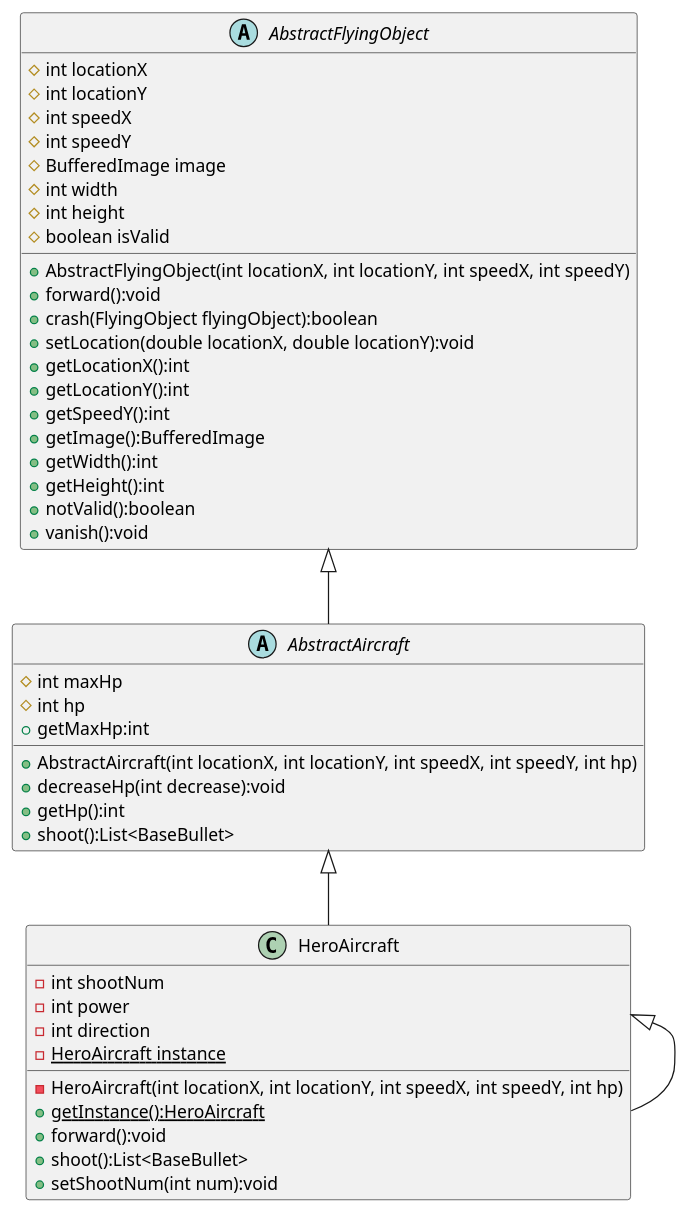
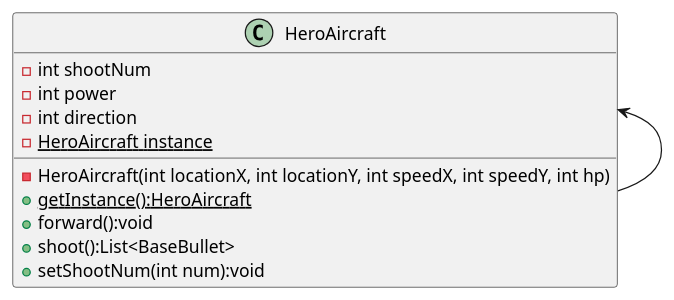
The diagram in uml/HeroAircraftSignleton.puml (KKjimmie/AircraftWar), drawn with PlantUML before and after one commit. The commit also changed 13 other files, not shown here.

```diff
--- a/uml/HeroAircraftSignleton.puml
+++ b/uml/HeroAircraftSignleton.puml
@@ -1,56 +1,20 @@
 @startuml
 'https://plantuml.com/class-diagram
 
 
-abstract class AbstractFlyingObject
-{
-    # int locationX
-    # int locationY
-    # int speedX
-    # int speedY
-    # BufferedImage image
-    # int width
-    # int height
-    # boolean isValid
-
-    + AbstractFlyingObject(int locationX, int locationY, int speedX, int speedY)
-    + forward():void
-    + crash(FlyingObject flyingObject):boolean
-    + setLocation(double locationX, double locationY):void
-    + getLocationX():int
-    + getLocationY():int
-    + getSpeedY():int
-    + getImage():BufferedImage
-    + getWidth():int
-    + getHeight():int
-    + notValid():boolean
-    + vanish():void
-}
-abstract class AbstractAircraft
-{
-	# int maxHp
-    # int hp
-    + AbstractAircraft(int locationX, int locationY, int speedX, int speedY, int hp)
-    + decreaseHp(int decrease):void
-    + getHp():int
-    + getMaxHp:int
-    + shoot():List<BaseBullet>
-
-}
 class HeroAircraft {
     - int shootNum
     - int power
     - int direction
     - {static}HeroAircraft instance
     - HeroAircraft(int locationX, int locationY, int speedX, int speedY, int hp)
     + {static}getInstance():HeroAircraft
     + forward():void
     + shoot():List<BaseBullet>
     + setShootNum(int num):void
 }
 
-AbstractFlyingObject <|-- AbstractAircraft
-AbstractAircraft <|-- HeroAircraft
-HeroAircraft <|-- HeroAircraft
+
+HeroAircraft <-- HeroAircraft
 
 @enduml
```
